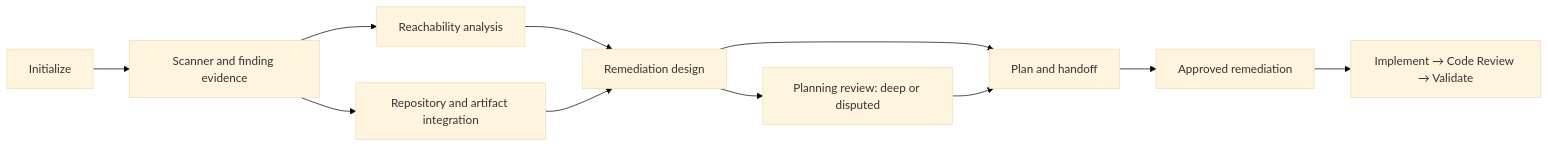
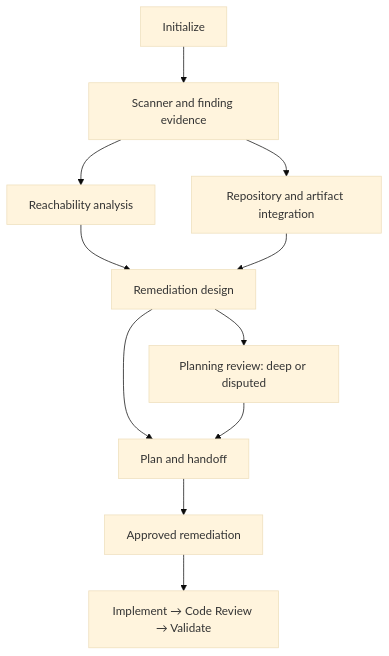
The fourth of 5 diagrams in PLAYBOOK_CATALOG.md (daniel-galvan/ai-engineering-workflow-framework), drawn with Mermaid (base theme) before and after one commit. The commit also changed other lines of this file and 8 other files, not shown here.

````diff
--- a/PLAYBOOK_CATALOG.md
+++ b/PLAYBOOK_CATALOG.md
@@ -98,13 +99,13 @@
 ```mermaid
-flowchart LR
+flowchart TB
     A["Initialize"] --> B["Scanner and finding evidence"]
     B --> C["Reachability analysis"]
     B --> D["Repository and artifact integration"]
     C --> E["Remediation design"]
     D --> E
     E --> F["Planning review: deep or disputed"]
     E --> G["Plan and handoff"]
     F --> G["Plan and handoff"]
     G --> H["Approved remediation"]
     H --> I["Implement → Code Review → Validate"]
 ```
````
